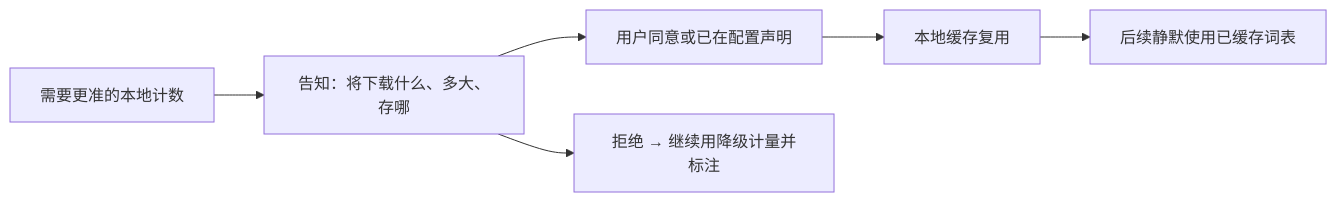
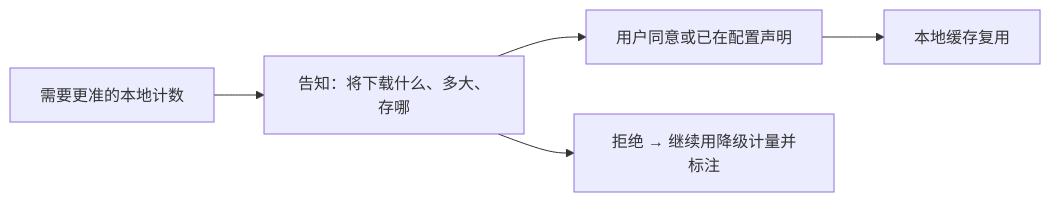
Before and after one commit to StrayDragon/xylitol: the diagram in docs/roadmaps/Tokenizer精准计量.md, drawn with Mermaid. The commit also changed other lines of this file and 31 other files, not shown here.

````diff
--- a/docs/roadmaps/Tokenizer精准计量.md
+++ b/docs/roadmaps/Tokenizer精准计量.md
@@ -26,8 +15,7 @@
 ```mermaid
 flowchart LR
   Need["需要更准的本地计数"] --> Ask["告知：将下载什么、多大、存哪"]
   Ask --> Yes["用户同意或已在配置声明"]
   Ask --> No["拒绝 → 继续用降级计量并标注"]
   Yes --> Cache["本地缓存复用"]
-  Cache --> Use["后续静默使用已缓存词表"]
 ```
````
